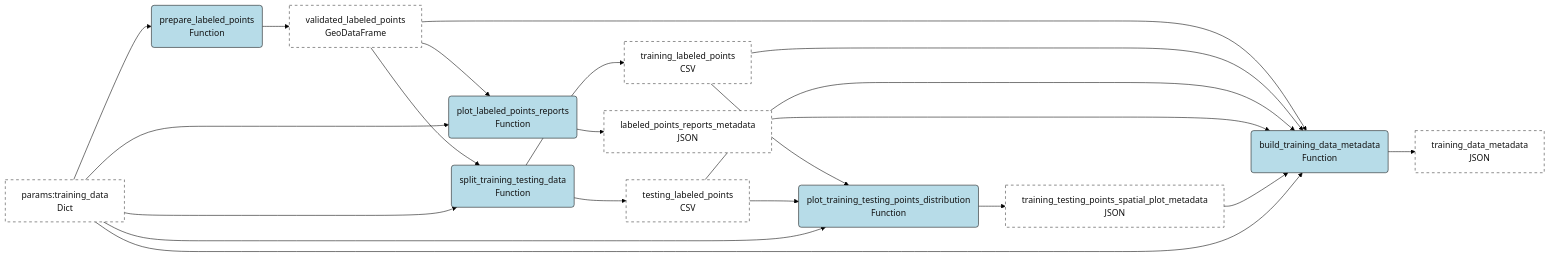
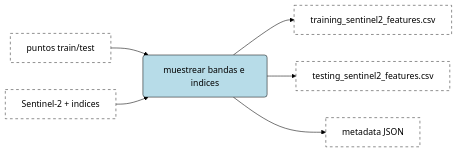
The fifth of 16 diagrams in docs/proyecto_final.qmd (KevinReyes95-04/Proyecto_programacionSIG), drawn with Mermaid (forest theme) before and after one commit. The commit also changed other lines of this file and 55 other files, not shown here.

````diff
--- a/docs/proyecto_final.qmd
+++ b/docs/proyecto_final.qmd
@@ -507,26 +485,10 @@
 ```{mermaid}
 flowchart LR
-  params["params:training_data<br/>Dict"]:::input --> prep("prepare_labeled_points<br/>Function"):::func
-  prep --> valid["validated_labeled_points<br/>GeoDataFrame"]:::output
-  valid --> reports("plot_labeled_points_reports<br/>Function"):::func
-  params --> reports
-  reports --> repmeta["labeled_points_reports_metadata<br/>JSON"]:::output
-  valid --> split("split_training_testing_data<br/>Function"):::func
-  params --> split
-  split --> train["training_labeled_points<br/>CSV"]:::output
-  split --> test["testing_labeled_points<br/>CSV"]:::output
-  train --> maps("plot_training_testing_points_distribution<br/>Function"):::func
-  test --> maps
-  params --> maps
-  maps --> mapmeta["training_testing_points_spatial_plot_metadata<br/>JSON"]:::output
-  valid --> meta("build_training_data_metadata<br/>Function"):::func
-  train --> meta
-  test --> meta
-  repmeta --> meta
-  mapmeta --> meta
-  params --> meta
-  meta --> out["training_data_metadata<br/>JSON"]:::output
-  classDef input fill:#ffffff,stroke:#333333,stroke-dasharray:5 5,color:#111111;
-  classDef output fill:#ffffff,stroke:#333333,stroke-dasharray:5 5,color:#111111;
-  classDef func fill:#b7dce8,stroke:#111111,color:#111111;
+  pts["puntos train/test"]:::data --> ext("muestrear bandas e indices"):::node
+  ras["Sentinel-2 + indices"]:::data --> ext
+  ext --> train["training_sentinel2_features.csv"]:::data
+  ext --> test["testing_sentinel2_features.csv"]:::data
+  ext --> meta["metadata JSON"]:::data
+  classDef data fill:#ffffff,stroke:#333,stroke-dasharray:5 5;
+  classDef node fill:#b7dce8,stroke:#111;
 ```
````
